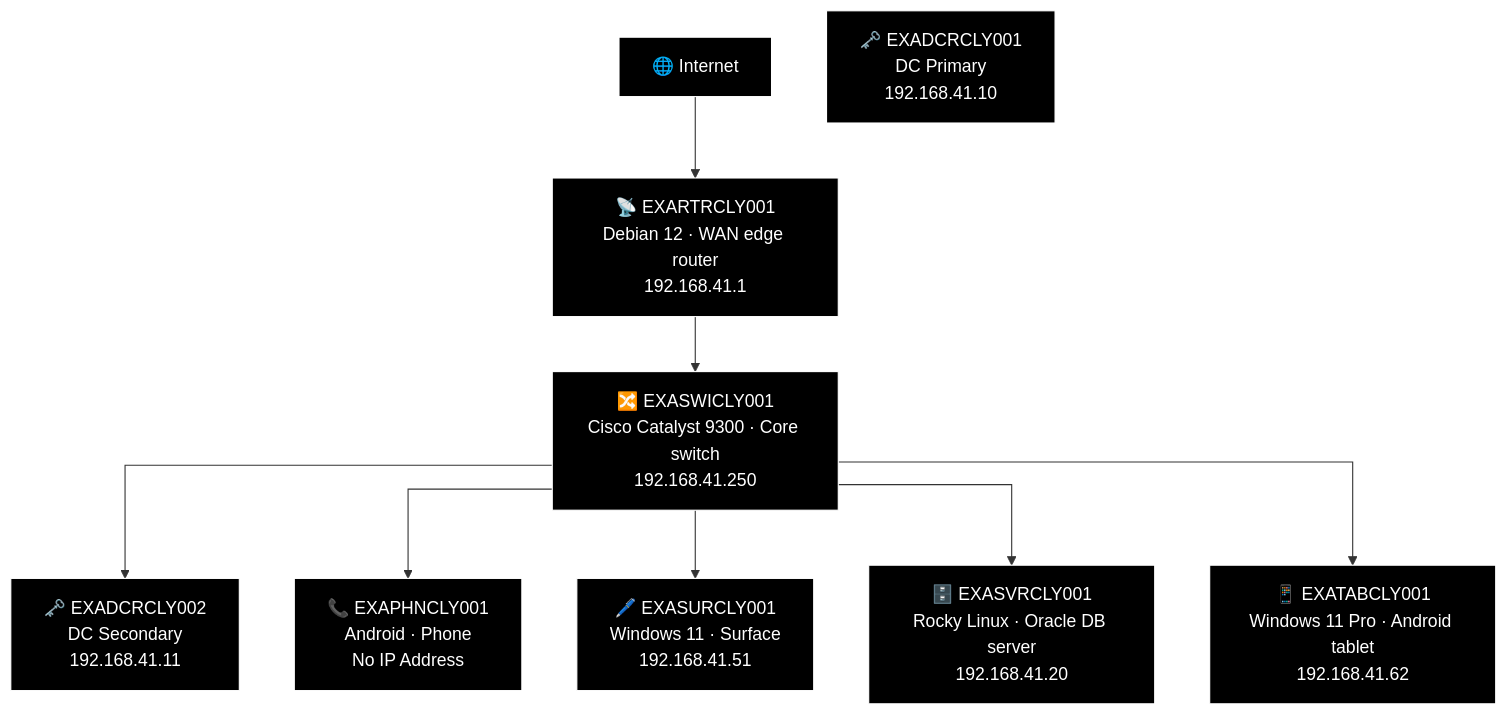
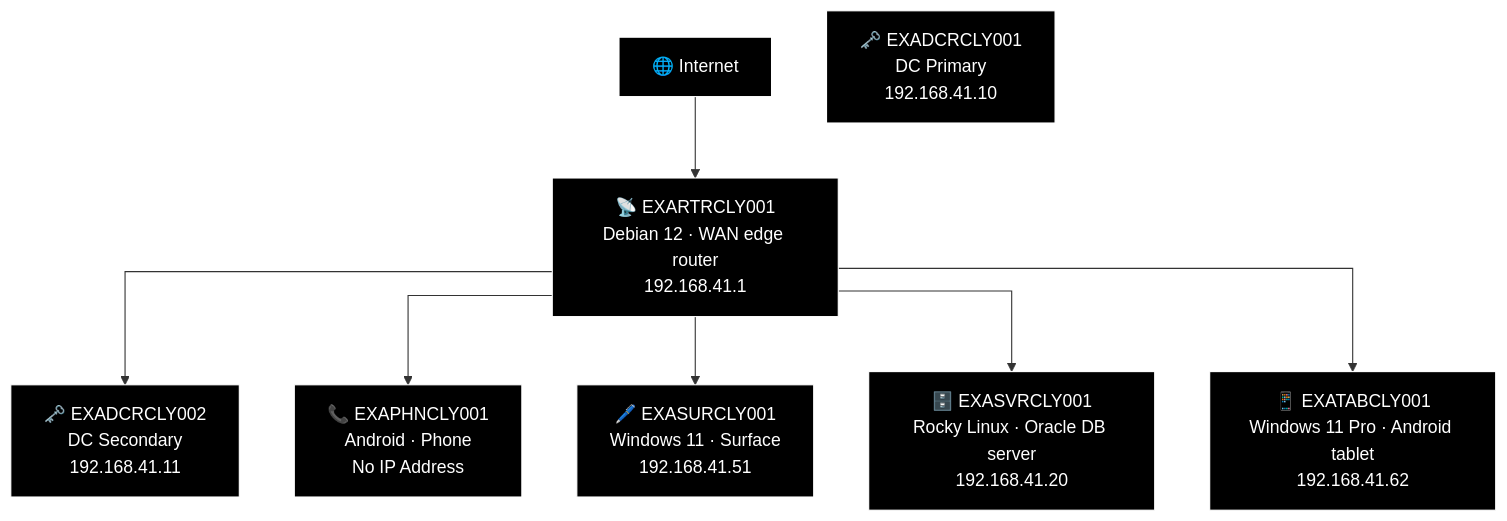
The tenth of 21 diagrams in docs/network-diagram/scotland.md (knightmare2600/example_music_infra), drawn with Mermaid before and after one commit. The commit also changed 33 other files, not shown here.

````diff
--- a/docs/network-diagram/scotland.md
+++ b/docs/network-diagram/scotland.md
@@ -698,32 +698,29 @@
 ```mermaid
 %% GENERATED:OLDNETWORK:CLY:START
 %%{init: {'flowchart': {'curve': 'stepAfter'}}}%%
 graph TD
     O_INET["🌐 Internet"]
     O_RTR["📡 EXARTRCLY001<br/>Debian 12 · WAN edge router<br/>192.168.41.1"]
-    O_SWI["🔀 EXASWICLY001<br/>Cisco Catalyst 9300 · Core switch<br/>192.168.41.250"]
     O_DCR1["🗝️ EXADCRCLY001<br/>DC Primary<br/>192.168.41.10"]
     O_DCR2["🗝️ EXADCRCLY002<br/>DC Secondary<br/>192.168.41.11"]
     O_PHN["📞 EXAPHNCLY001<br/>Android · Phone<br/>No IP Address"]
     O_SUR["🖊️ EXASURCLY001<br/>Windows 11 · Surface<br/>192.168.41.51"]
     O_SVR["🗄️ EXASVRCLY001<br/>Rocky Linux · Oracle DB server<br/>192.168.41.20"]
     O_TAB["📱 EXATABCLY001<br/>Windows 11 Pro · Android tablet<br/>192.168.41.62"]
     O_INET --> O_RTR
-    O_RTR --> O_SWI
-    O_SWI --> O_DCR2
-    O_SWI --> O_PHN
-    O_SWI --> O_SUR
-    O_SWI --> O_SVR
-    O_SWI --> O_TAB
+    O_RTR --> O_DCR2
+    O_RTR --> O_PHN
+    O_RTR --> O_SUR
+    O_RTR --> O_SVR
+    O_RTR --> O_TAB
 
     style O_INET fill:#000000,stroke:#FFFFFF,color:#FFFFFF
     style O_RTR fill:#000000,stroke:#FFFFFF,color:#FFFFFF
-    style O_SWI fill:#000000,stroke:#FFFFFF,color:#FFFFFF
     style O_DCR1 fill:#000000,stroke:#FFFFFF,color:#FFFFFF
     style O_DCR2 fill:#000000,stroke:#FFFFFF,color:#FFFFFF
     style O_PHN fill:#000000,stroke:#FFFFFF,color:#FFFFFF
     style O_SUR fill:#000000,stroke:#FFFFFF,color:#FFFFFF
     style O_SVR fill:#000000,stroke:#FFFFFF,color:#FFFFFF
     style O_TAB fill:#000000,stroke:#FFFFFF,color:#FFFFFF
 %% GENERATED:OLDNETWORK:CLY:END
 ```
````
